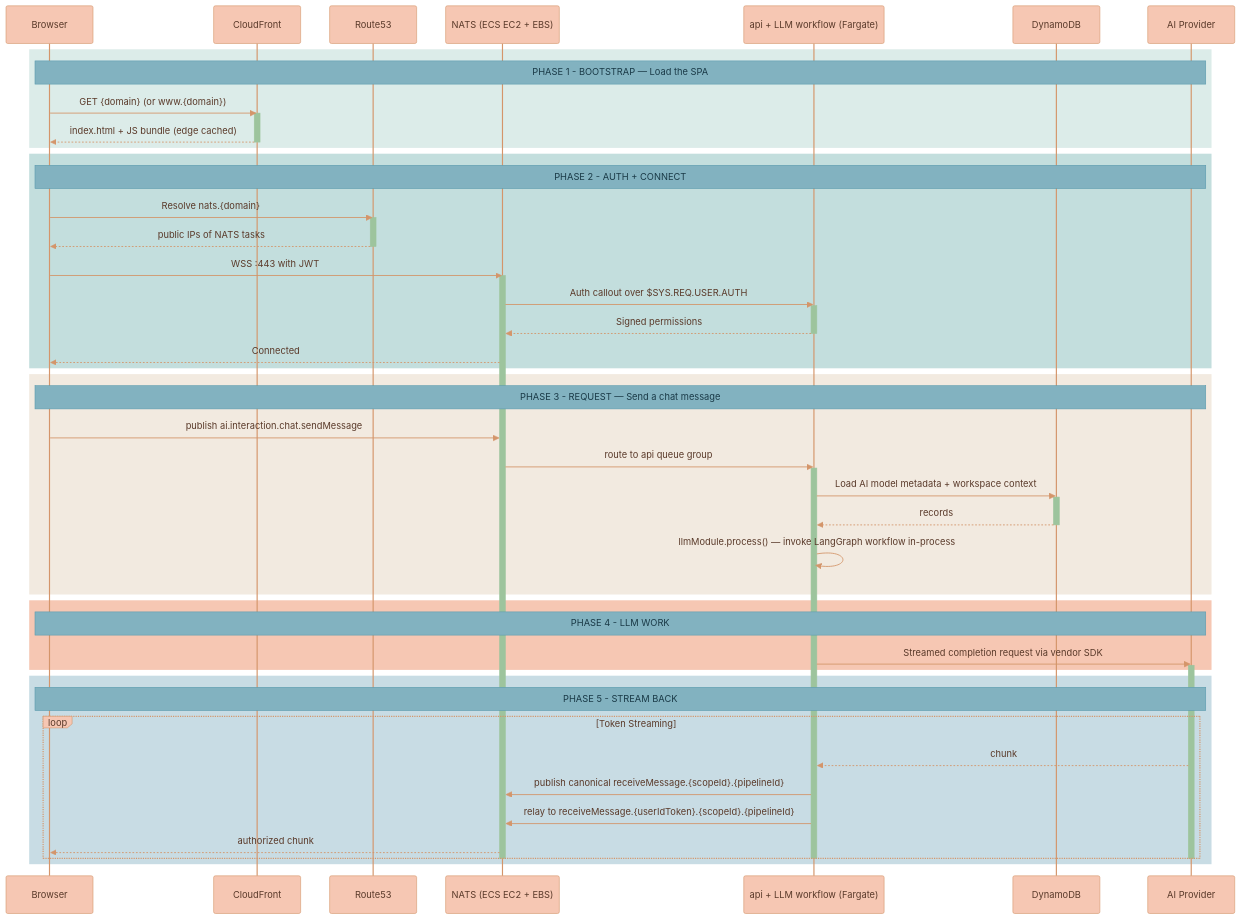
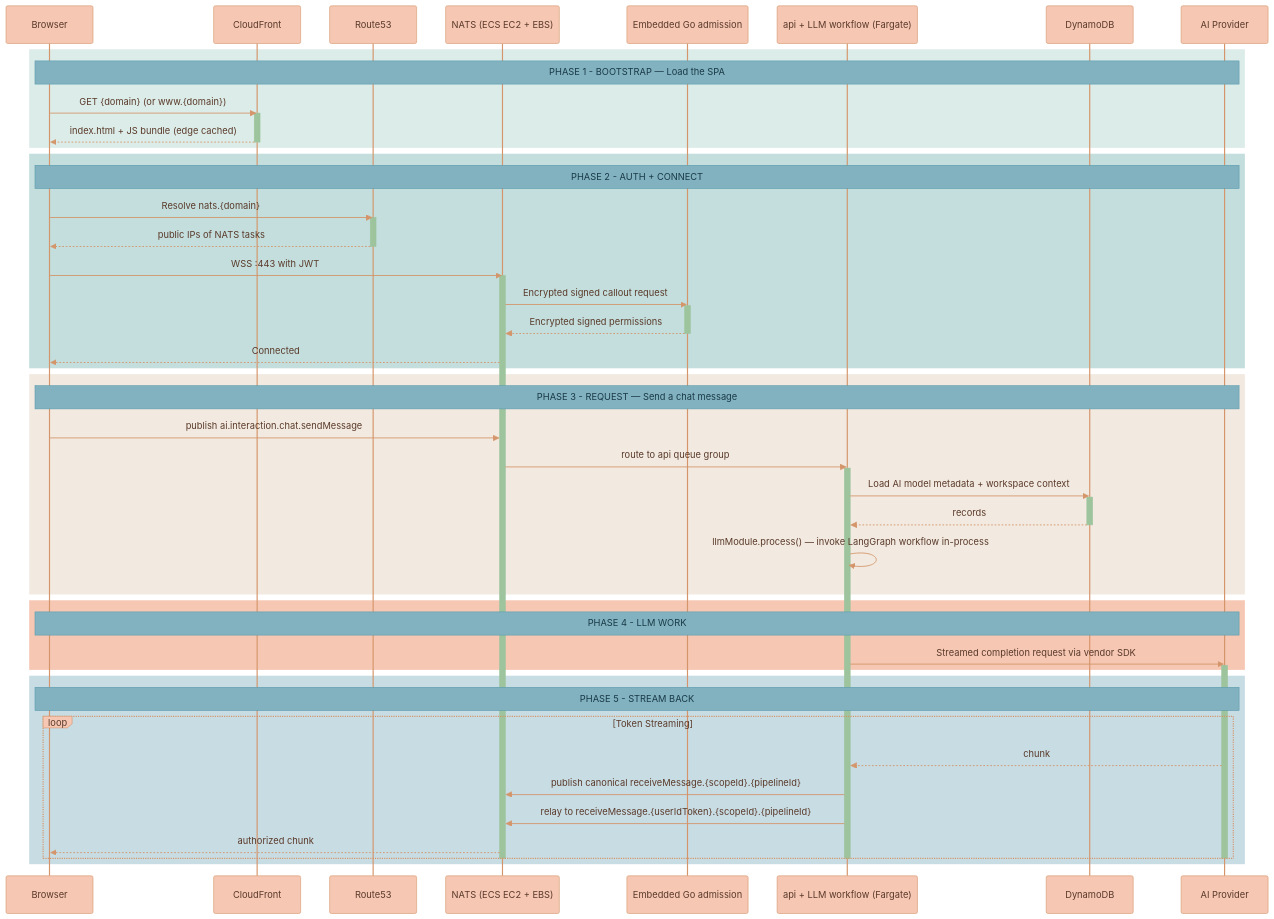
The fifth of 5 diagrams in documentation/platform/deployment/INFRASTRUCTURE-OVERVIEW.md (Lixpi/lixpi), drawn with Mermaid before and after one commit. The commit also changed other lines of this file and 251 other files, not shown here.

````diff
--- a/documentation/platform/deployment/INFRASTRUCTURE-OVERVIEW.md
+++ b/documentation/platform/deployment/INFRASTRUCTURE-OVERVIEW.md
@@ -399,65 +408,66 @@
 ```mermaid
 %%{init: {'theme': 'base', 'themeVariables': { 'noteBkgColor': '#82B2C0', 'noteTextColor': '#1a3a47', 'noteBorderColor': '#5a9aad', 'actorBkg': '#F6C7B3', 'actorBorder': '#d4956a', 'actorTextColor': '#5a3a2a', 'actorLineColor': '#d4956a', 'signalColor': '#d4956a', 'signalTextColor': '#5a3a2a', 'labelBoxBkgColor': '#F6C7B3', 'labelBoxBorderColor': '#d4956a', 'labelTextColor': '#5a3a2a', 'loopTextColor': '#5a3a2a', 'activationBorderColor': '#9DC49D', 'activationBkgColor': '#9DC49D', 'sequenceNumberColor': '#5a3a2a'}}}%%
 sequenceDiagram
     participant Browser
     participant CF as CloudFront
     participant R53 as Route53
     participant NATS as NATS (ECS EC2 + EBS)
+    participant Admission as Embedded Go admission
     participant API as api + LLM workflow (Fargate)
     participant DDB as DynamoDB
     participant AI as AI Provider
 
     rect rgb(220, 236, 233)
         Note over Browser, AI: PHASE 1 - BOOTSTRAP — Load the SPA
         Browser->>CF: GET {domain} (or www.{domain})
         activate CF
         CF-->>Browser: index.html + JS bundle (edge cached)
         deactivate CF
     end
 
     rect rgb(195, 222, 221)
         Note over Browser, AI: PHASE 2 - AUTH + CONNECT
         Browser->>R53: Resolve nats.{domain}
         activate R53
         R53-->>Browser: public IPs of NATS tasks
         deactivate R53
         Browser->>NATS: WSS :443 with JWT
         activate NATS
-        NATS->>API: Auth callout over $SYS.REQ.USER.AUTH
-        activate API
-        API-->>NATS: Signed permissions
-        deactivate API
+        NATS->>Admission: Encrypted signed callout request
+        activate Admission
+        Admission-->>NATS: Encrypted signed permissions
+        deactivate Admission
         NATS-->>Browser: Connected
     end
 
     rect rgb(242, 234, 224)
         Note over Browser, AI: PHASE 3 - REQUEST — Send a chat message
         Browser->>NATS: publish ai.interaction.chat.sendMessage
         NATS->>API: route to api queue group
         activate API
         API->>DDB: Load AI model metadata + workspace context
         activate DDB
         DDB-->>API: records
         deactivate DDB
         API->>API: llmModule.process() — invoke LangGraph workflow in-process
     end
 
     rect rgb(246, 199, 179)
         Note over Browser, AI: PHASE 4 - LLM WORK
         API->>AI: Streamed completion request via vendor SDK
         activate AI
     end
 
     rect rgb(200, 220, 228)
         Note over Browser, AI: PHASE 5 - STREAM BACK
         loop Token Streaming
             AI-->>API: chunk
             API->>NATS: publish canonical receiveMessage.{scopeId}.{pipelineId}
             API->>NATS: relay to receiveMessage.{userIdToken}.{scopeId}.{pipelineId}
             NATS-->>Browser: authorized chunk
         end
         deactivate AI
         deactivate API
         deactivate NATS
     end
 ```
````
